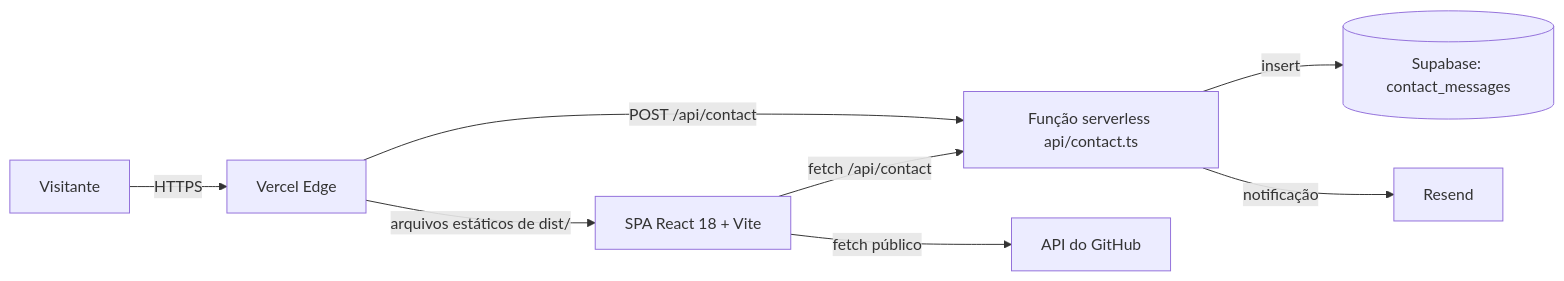
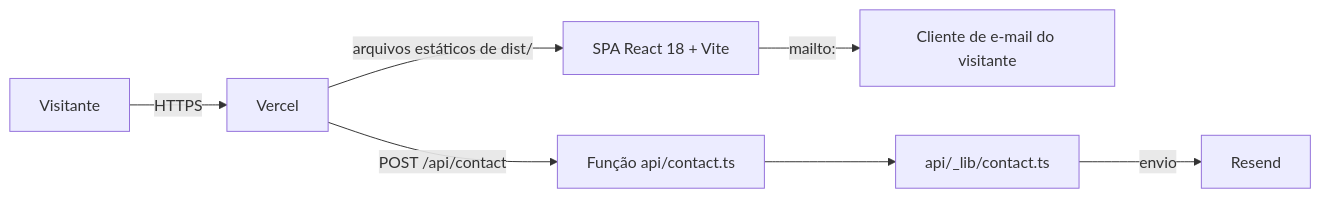
Before and after one commit to SamiaLuvanice/Personal_Portfolio: the diagram in docs/architecture.md, drawn with Mermaid. The commit also changed other lines of this file and 6 other files, not shown here.

First line of the commit message:
docs: alinha documentação ao main atual (Resend, mailto e Docker)

````diff
--- a/docs/architecture.md
+++ b/docs/architecture.md
@@ -5,10 +5,9 @@
 ```mermaid
 flowchart LR
-  V[Visitante] -->|HTTPS| E[Vercel Edge]
+  V[Visitante] -->|HTTPS| E[Vercel]
   E -->|arquivos estáticos de dist/| S[SPA React 18 + Vite]
-  E -->|POST /api/contact| F[Função serverless api/contact.ts]
-  S -->|fetch /api/contact| F
-  S -->|fetch público| G[API do GitHub]
-  F -->|insert| DB[(Supabase: contact_messages)]
-  F -->|notificação| R[Resend]
+  E -->|POST /api/contact| F[Função api/contact.ts]
+  S -->|mailto:| M[Cliente de e-mail do visitante]
+  F --> L[api/_lib/contact.ts]
+  L -->|envio| R[Resend]
 ```
````
